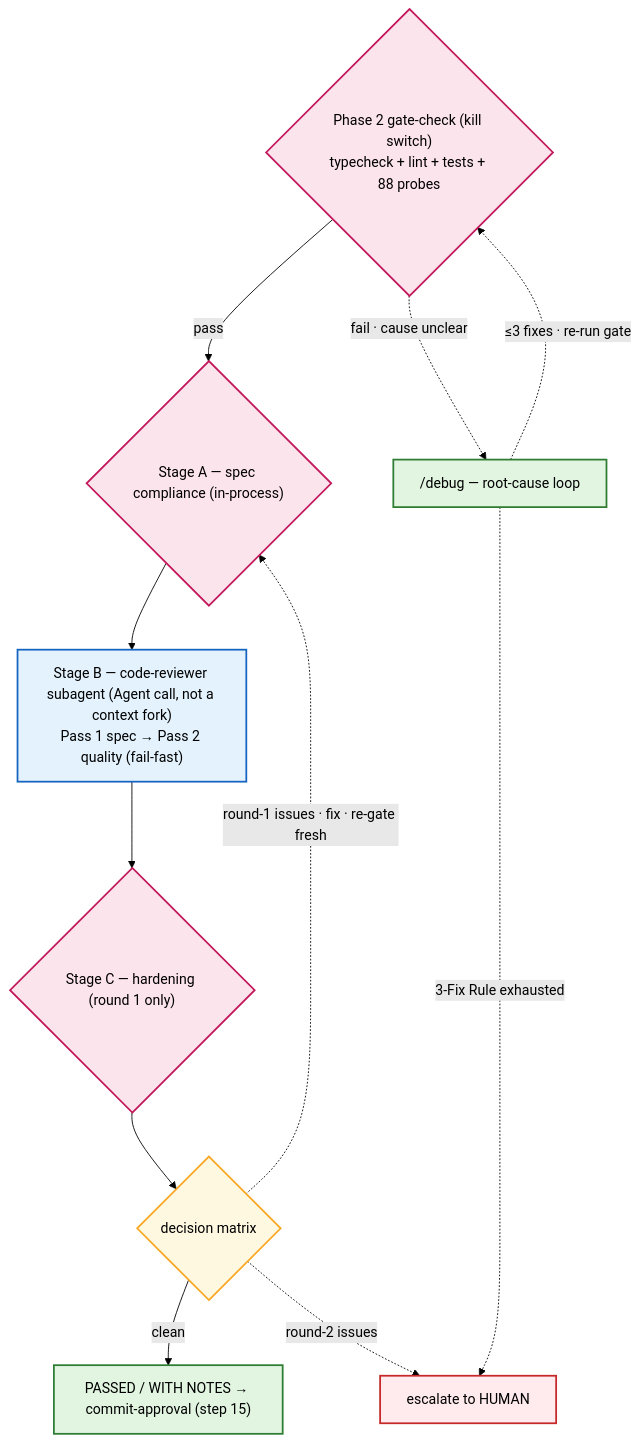
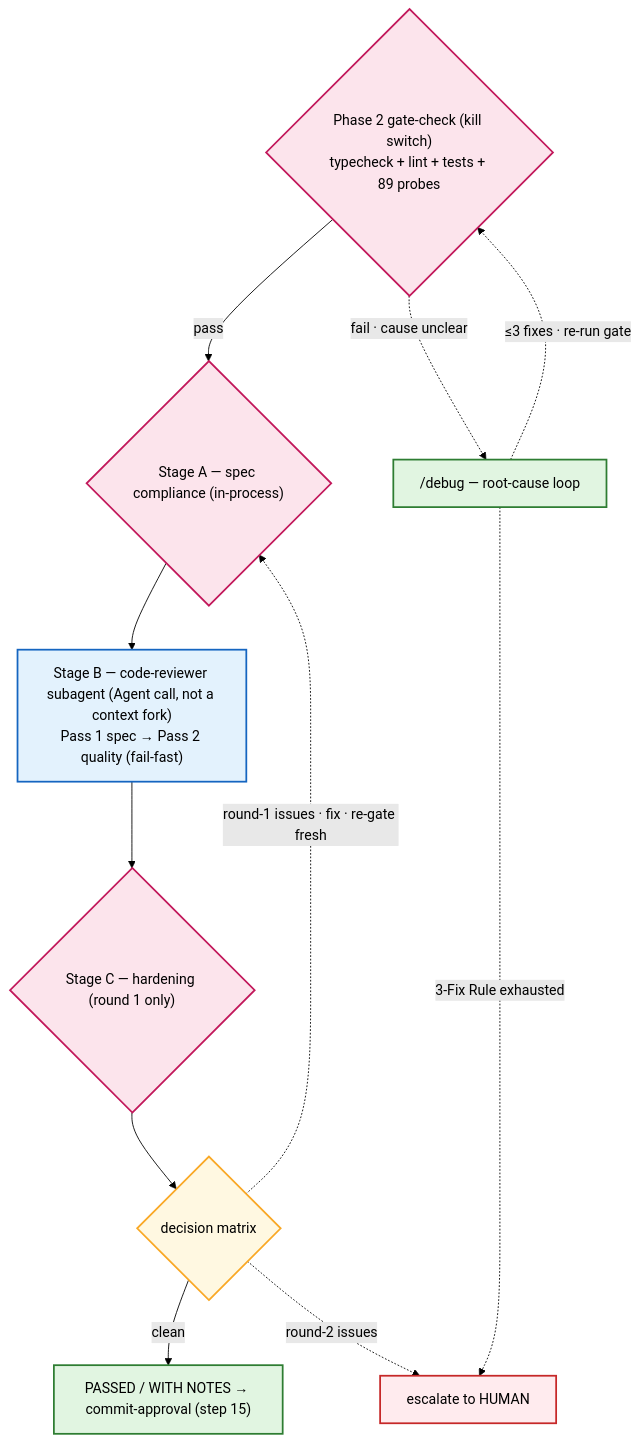
Before and after one commit to nesquikm/dev-process-toolkit: the fourth of 6 diagrams in plugins/dev-process-toolkit/docs/workflow-overview.md, drawn with Mermaid (forest theme). The commit also changed other lines of this file and 39 other files, not shown here.

First line of the commit message:
feat(hooks): give the tracker write gate a per-user off switch

````diff
--- a/plugins/dev-process-toolkit/docs/workflow-overview.md
+++ b/plugins/dev-process-toolkit/docs/workflow-overview.md
@@ -124,25 +124,25 @@
 ```mermaid
 flowchart TD
     classDef eval fill:#fce4ec,stroke:#c2185b,stroke-width:2px,color:#000
     classDef fork fill:#e3f2fd,stroke:#1565c0,stroke-width:2px,color:#000
     classDef gate fill:#fff8e1,stroke:#f9a825,stroke-width:2px,color:#000
     classDef skill fill:#e1f5e1,stroke:#2e7d32,stroke-width:2px,color:#000
     classDef esc fill:#ffebee,stroke:#c62828,stroke-width:2px,color:#000
 
-    gate{"Phase 2 gate-check (kill switch)<br/>typecheck + lint + tests + 88 probes"}:::eval
+    gate{"Phase 2 gate-check (kill switch)<br/>typecheck + lint + tests + 89 probes"}:::eval
     debug["/debug — root-cause loop"]:::skill
     stageA{"Stage A — spec compliance (in-process)"}:::eval
     stageB["Stage B — code-reviewer subagent (Agent call, not a context fork)<br/>Pass 1 spec → Pass 2 quality (fail-fast)"]:::fork
     stageC{"Stage C — hardening (round 1 only)"}:::eval
     decide{"decision matrix"}:::gate
     pass["PASSED / WITH NOTES → commit-approval (step 15)"]:::skill
     esc["escalate to HUMAN"]:::esc
 
     gate -->|"pass"| stageA --> stageB --> stageC --> decide
     gate -.->|"fail · cause unclear"| debug
     debug -.->|"≤3 fixes · re-run gate"| gate
     debug -.->|"3-Fix Rule exhausted"| esc
     decide -->|"clean"| pass
     decide -.->|"round-1 issues · fix · re-gate fresh"| stageA
     decide -.->|"round-2 issues"| esc
 ```
````
